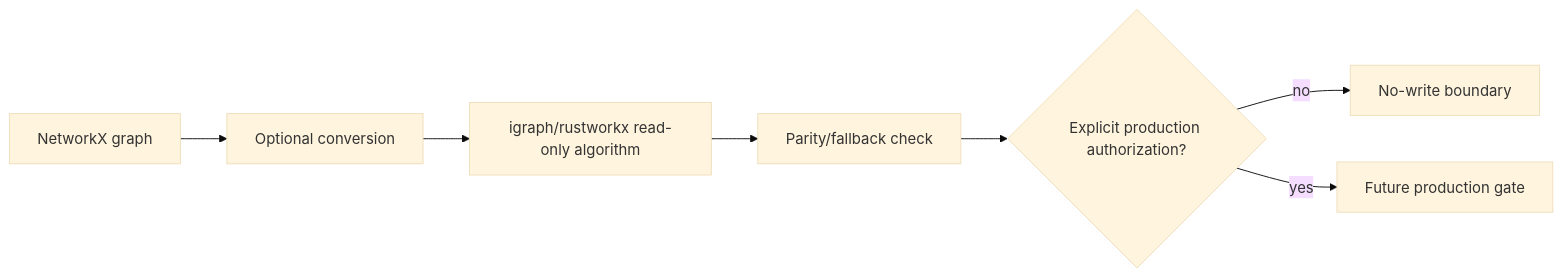
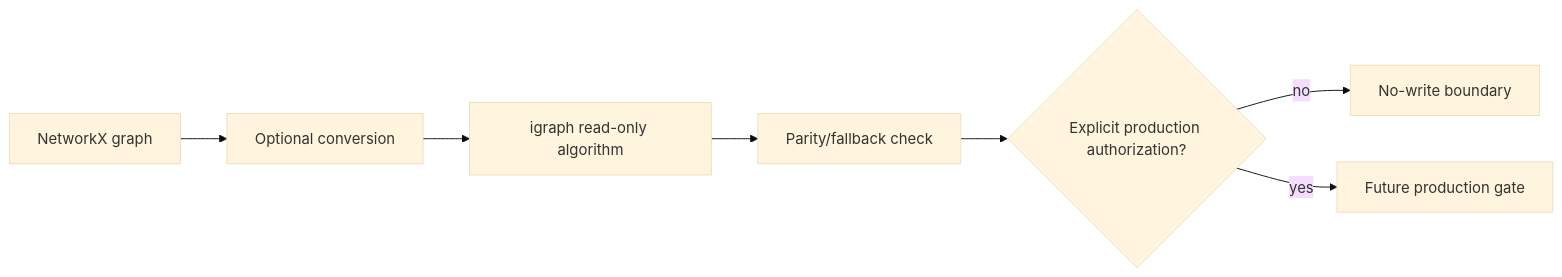
The fourth of 6 diagrams in doc/adr/ADR-016-graph-library-selection.md (rager306/daily-archive), drawn with Mermaid (base theme) before and after one commit. The commit also changed other lines of this file and 8 other files, not shown here.

````diff
--- a/doc/adr/ADR-016-graph-library-selection.md
+++ b/doc/adr/ADR-016-graph-library-selection.md
@@ -294,9 +344,9 @@
 ```mermaid
 flowchart LR
     A[NetworkX graph] --> B[Optional conversion]
-    B --> C[igraph/rustworkx read-only algorithm]
+    B --> C[igraph read-only algorithm]
     C --> D[Parity/fallback check]
     D --> E{Explicit production authorization?}
     E -- no --> F[No-write boundary]
     E -- yes --> G[Future production gate]
 ```
````
